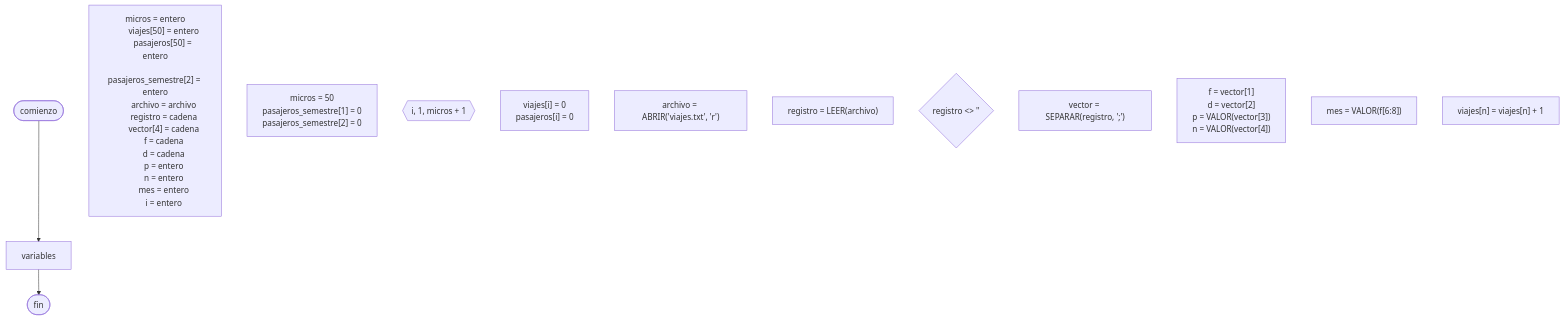
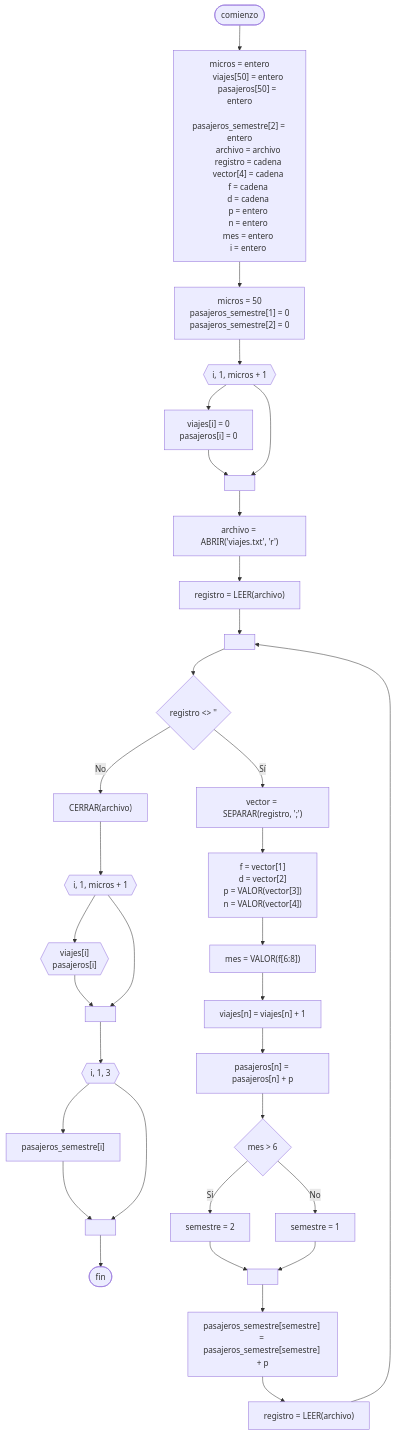
One commit to martinstanicio/ingenieria-en-sistemas changed the diagram in Algoritmos y Estructuras de Datos/Actividades/20241103 - Micros.md. Above: the diagram before and after it, drawn with Mermaid. The commit also changed other lines of this file, not shown here.

Commit message:
vault backup: 2024-11-03 20:28:09

````diff
--- a/Algoritmos y Estructuras de Datos/Actividades/20241103 - Micros.md
+++ b/Algoritmos y Estructuras de Datos/Actividades/20241103 - Micros.md
@@ -24,42 +24,71 @@
 ```mermaid
 flowchart TB
 	comienzo([comienzo])
     
 	declarar["`micros = entero
 	viajes[50] = entero
 	pasajeros[50] = entero
 	pasajeros_semestre[2] = entero
 	archivo = archivo
 	registro = cadena
 	vector[4] = cadena
 	f = cadena
 	d = cadena
 	p = entero
 	n = entero
 	mes = entero
 	i = entero`"]
 	inicializar["`micros = 50
 	pasajeros_semestre[1] = 0
 	pasajeros_semestre[2] = 0`"]
 	
 	for1{{"i, 1, micros + 1"}}
 	inicializar_vectores["`viajes[i] = 0
 	pasajeros[i] = 0`"]
 	
 	archivo_abrir["archivo = ABRIR('viajes.txt', 'r')"]
 	registro1["registro = LEER(archivo)"]
 	
 	while{"registro <> ''"}
 	vector["vector = SEPARAR(registro, ';')"]
 	campos["`f = vector[1]
 	d = vector[2]
 	p = VALOR(vector[3])
 	n = VALOR(vector[4])`"]
 	
 	mes["mes = VALOR(f[6:8])"]
 	viajes["viajes[n] = viajes[n] + 1"]
-    
+	pasajeros["pasajeros[n] = pasajeros[n] + p"]
+	if1{"mes > 6"}
+	segundo_semestre["semestre = 2"]
+	primer_semestre["semestre = 1"]
+	pasajeros_semestre["pasajeros_semestre[semestre] = pasajeros_semestre[semestre] + p"]
+	
+	registro2["registro = LEER(archivo)"]
+	
+	archivo_cerrar["CERRAR(archivo)"]
+	
+	for2{{"i, 1, micros + 1"}}
+	mostrar1{{"`viajes[i]
+	pasajeros[i]`"}}
+	
+	for3{{"i, 1, 3"}}
+	mostrar2["pasajeros_semestre[i]"]
+	
     fin([fin])
     
-	comienzo --> variables --> fin
+    a[" "]
+    b[" "]
+    c[" "]
+    d[" "]
+    e[" "]
+    
+	comienzo --> declarar --> inicializar --> for1 --> inicializar_vectores --> a
+	for1 --> a --> archivo_abrir --> registro1 --> b --> while -- "Sí" --> vector --> campos --> mes --> viajes --> pasajeros --> if1
+	if1 -- "Sí" --> segundo_semestre --> c
+	if1 -- "No" --> primer_semestre --> c
+	c --> pasajeros_semestre --> registro2 --> b
+	while -- "No" --> archivo_cerrar --> for2 --> mostrar1 --> d
+	for2 --> d --> for3 --> mostrar2 --> e
+	for3 --> e --> fin
 ```
````
